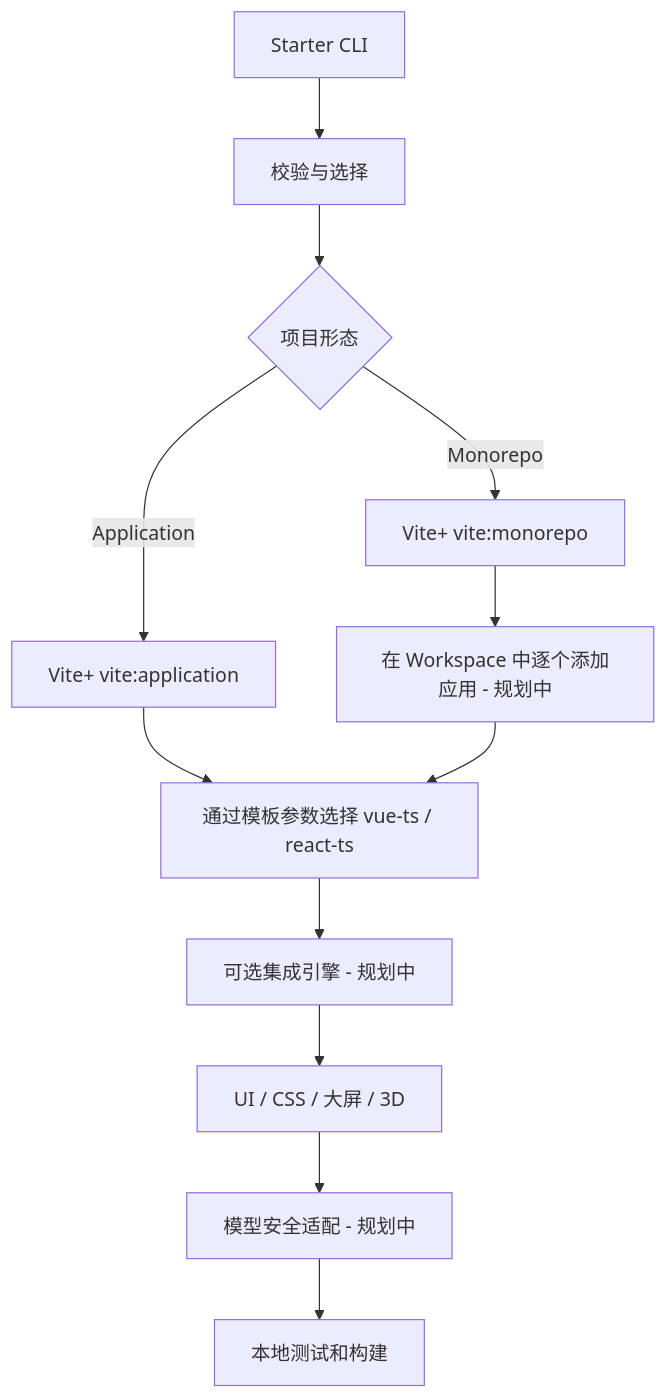
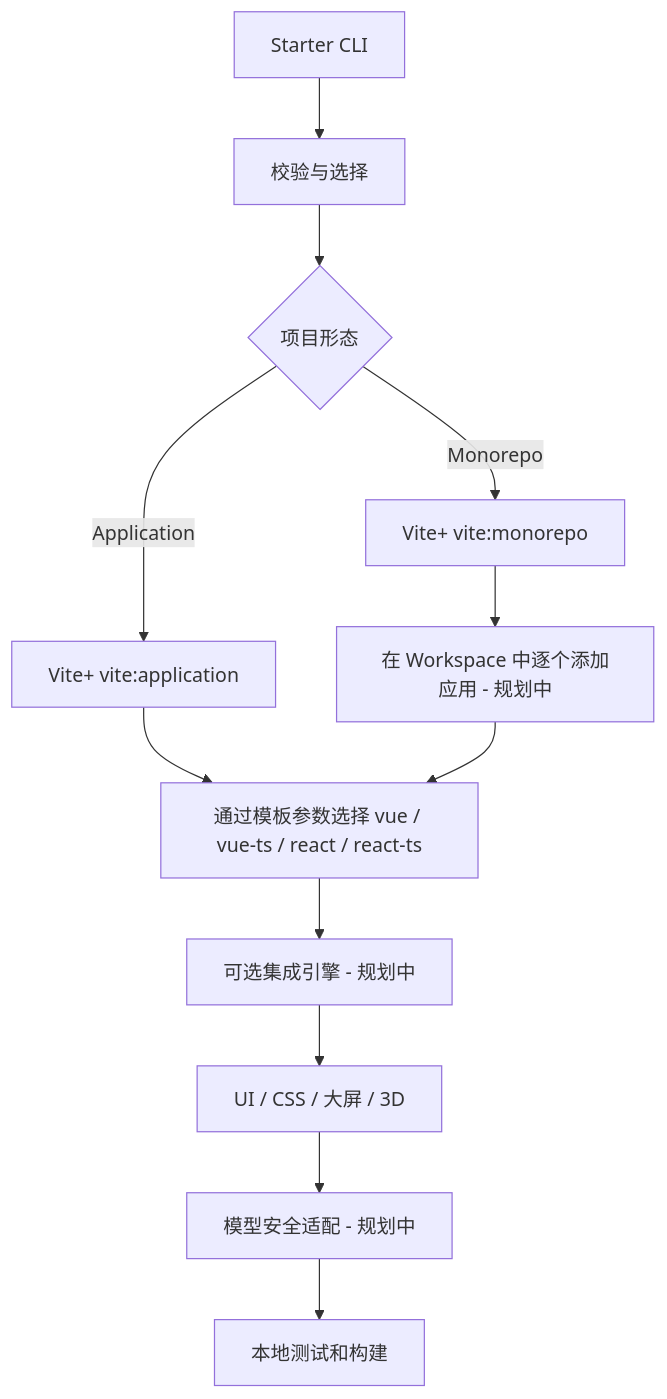
The diagram in docs/ARCHITECTURE.md (adui-dev/viteplus-starter), drawn with Mermaid before and after one commit. The commit also changed 15 other files, not shown here.

Commit message:
✨ feat(starter): 支持 Vue/React TypeScript 与 JavaScript 官方模板（无 CI）

````diff
--- a/docs/ARCHITECTURE.md
+++ b/docs/ARCHITECTURE.md
@@ -7,14 +7,14 @@
 ```mermaid
 flowchart TD
   A[Starter CLI] --> B[校验与选择]
   B --> C{项目形态}
   C -->|Application| D[Vite+ vite:application]
   C -->|Monorepo| E[Vite+ vite:monorepo]
-  D --> F[通过模板参数选择 vue-ts / react-ts]
+  D --> F[通过模板参数选择 vue / vue-ts / react / react-ts]
   E --> K[在 Workspace 中逐个添加应用 - 规划中]
   K --> F
   F --> G[可选集成引擎 - 规划中]
   G --> H[UI / CSS / 大屏 / 3D]
   H --> I[模型安全适配 - 规划中]
   I --> J[本地测试和构建]
 ```
````
